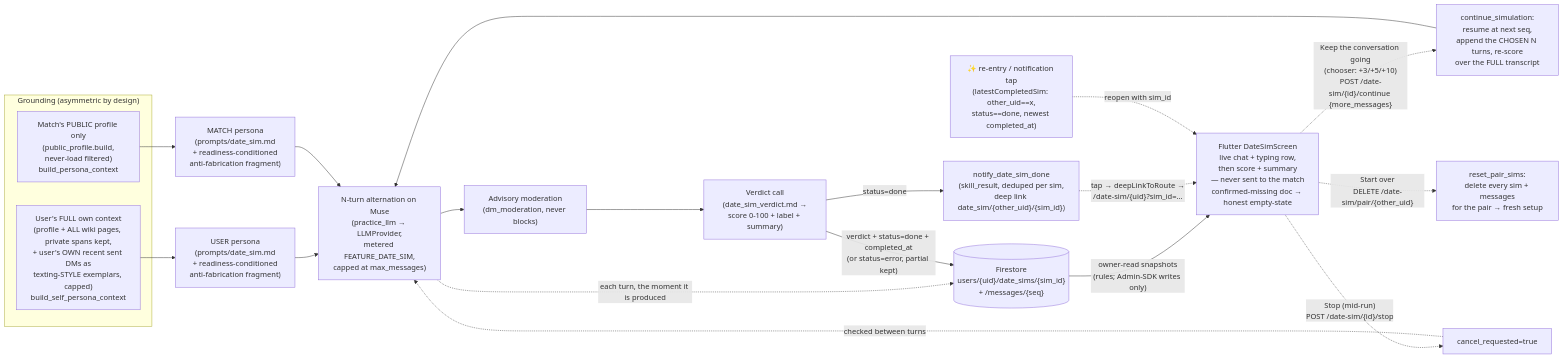
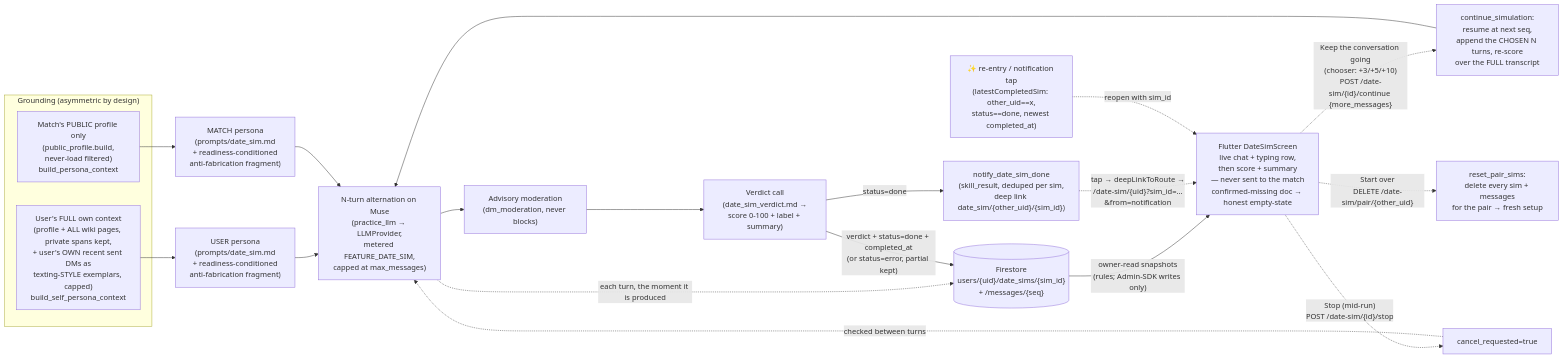
Diagram 12 of 14 in docs/ARCHITECTURE.md (suhailps93/ayma-v2), drawn with Mermaid before and after one commit. The commit also changed other lines of this file and 9 other files, not shown here.

First line of the commit message:
fix(sim): notification-opened sim Done goes to the profile, not the list beneath (2291)

````diff
--- a/docs/ARCHITECTURE.md
+++ b/docs/ARCHITECTURE.md
@@ -2443,23 +2443,23 @@
 ```mermaid
 flowchart LR
   subgraph grounding["Grounding (asymmetric by design)"]
     U["User's FULL own context<br/>(profile + ALL wiki pages, private spans kept,<br/>+ user's OWN recent sent DMs as<br/>texting-STYLE exemplars, capped)<br/>build_self_persona_context"]
     M["Match's PUBLIC profile only<br/>(public_profile.build,<br/>never-load filtered)<br/>build_persona_context"]
   end
   U --> P1["USER persona<br/>(prompts/date_sim.md<br/>+ readiness-conditioned<br/>anti-fabrication fragment)"]
   M --> P2["MATCH persona<br/>(prompts/date_sim.md<br/>+ readiness-conditioned<br/>anti-fabrication fragment)"]
   P1 & P2 --> LOOP["N-turn alternation on Muse<br/>(practice_llm → LLMProvider,<br/>metered FEATURE_DATE_SIM,<br/>capped at max_messages)"]
   LOOP --> MOD["Advisory moderation<br/>(dm_moderation, never blocks)"]
   MOD --> V["Verdict call<br/>(date_sim_verdict.md →<br/>score 0-100 + label + summary)"]
   LOOP -. "each turn, the moment it is produced" .-> FS[("Firestore<br/>users/{uid}/date_sims/{sim_id}<br/>+ /messages/{seq}")]
   V -- "verdict + status=done + completed_at<br/>(or status=error, partial kept)" --> FS
   V -- "status=done" --> NOTIF["notify_date_sim_done<br/>(skill_result, deduped per sim,<br/>deep link date_sim/{other_uid}/{sim_id})"]
   FS -- "owner-read snapshots<br/>(rules; Admin-SDK writes only)" --> UI["Flutter DateSimScreen<br/>live chat + typing row,<br/>then score + summary<br/>— never sent to the match<br/>confirmed-missing doc → honest empty-state"]
-  NOTIF -. "tap → deepLinkToRoute →<br/>/date-sim/{uid}?sim_id=…" .-> UI
+  NOTIF -. "tap → deepLinkToRoute →<br/>/date-sim/{uid}?sim_id=…&from=notification" .-> UI
   REOPEN["✨ re-entry / notification tap<br/>(latestCompletedSim: other_uid==x,<br/>status==done, newest completed_at)"] -. "reopen with sim_id" .-> UI
   UI -. "Keep the conversation going<br/>(chooser: +3/+5/+10)<br/>POST /date-sim/{id}/continue {more_messages}" .-> CONT["continue_simulation:<br/>resume at next seq,<br/>append the CHOSEN N turns, re-score<br/>over the FULL transcript"]
   CONT --> LOOP
   UI -. "Stop (mid-run)<br/>POST /date-sim/{id}/stop" .-> STOP["cancel_requested=true"]
   STOP -. "checked between turns" .-> LOOP
   UI -. "Start over<br/>DELETE /date-sim/pair/{other_uid}" .-> RESET["reset_pair_sims:<br/>delete every sim + messages<br/>for the pair → fresh setup"]
 ```
````
